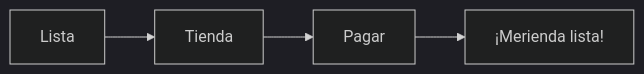
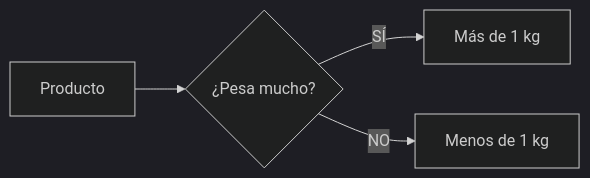
Before and after one commit to aalvarezg06/Ense-anzaONLINE: the diagram in docs/2pri/ut06-el-mercado-de-mi-barrio/tutorial.md, drawn with Mermaid (dark theme). The commit also changed other lines of this file and 17 other files, not shown here.

````diff
--- a/docs/2pri/ut06-el-mercado-de-mi-barrio/tutorial.md
+++ b/docs/2pri/ut06-el-mercado-de-mi-barrio/tutorial.md
@@ -44,6 +34,6 @@
 ```mermaid
 graph LR
-    A[Lista] --> B[Tienda]
-    B --> C[Pagar]
-    C --> D[¡Merienda lista!]
+    A[Producto] --> B{¿Pesa mucho?}
+    B -- SÍ --> C[Más de 1 kg]
+    B -- NO --> D[Menos de 1 kg]
 ```
````
